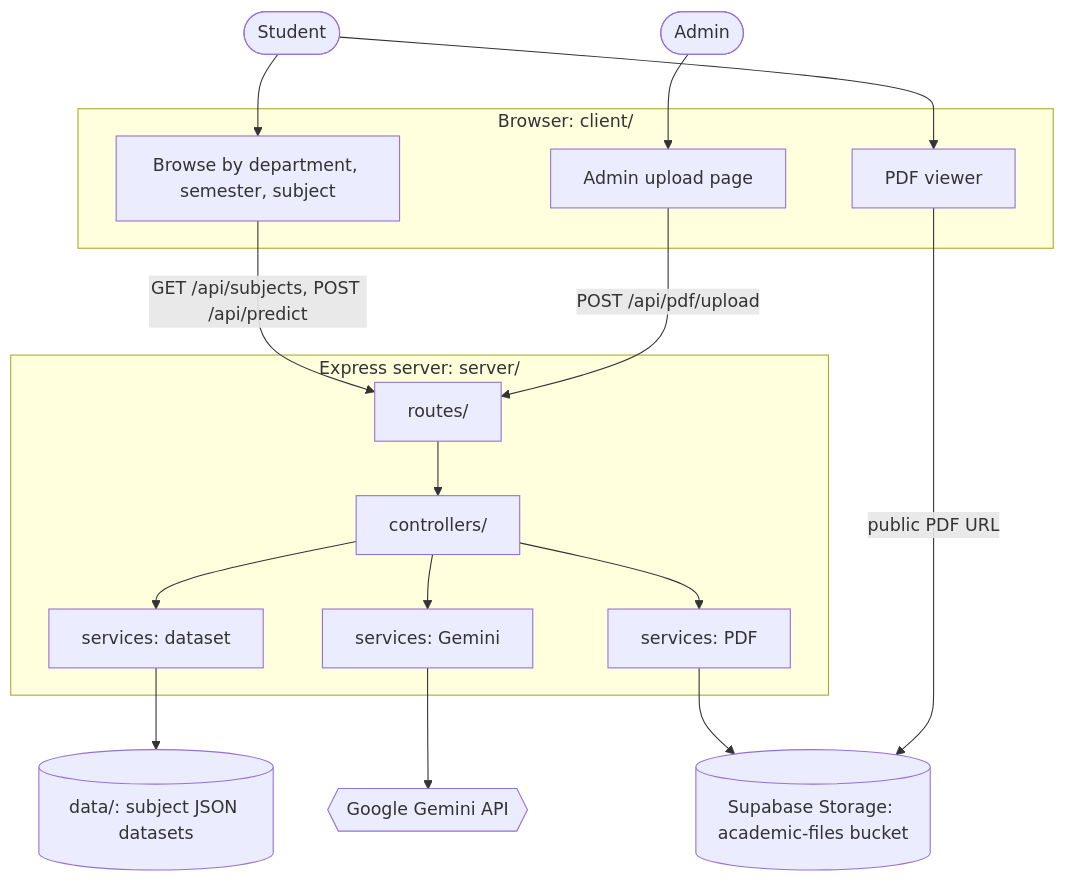
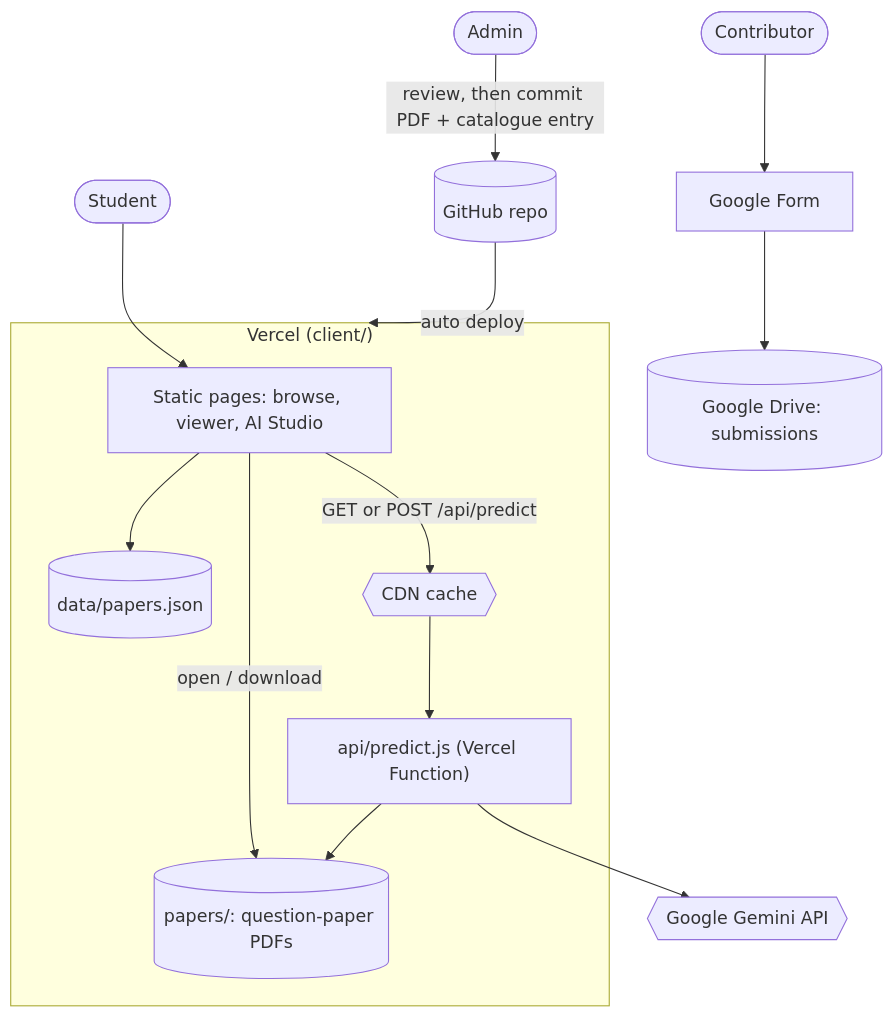
One commit to kritika89898/ExamForge changed the first of 2 diagrams in README.md. Above: the diagram before and after it, drawn with Mermaid. The commit also changed other lines of this file and 16 other files, not shown here.

First line of the commit message:
Collect contributions through a Google Form and remove Supabase

````diff
--- a/README.md
+++ b/README.md
@@ -79,37 +78,30 @@
 ```mermaid
 flowchart TB
     Student(["Student"])
+    Contributor(["Contributor"])
     Admin(["Admin"])
 
-    subgraph Browser["Browser: client/"]
-        UI["Browse by department, semester, subject"]
-        Viewer["PDF viewer"]
-        UploadPage["Admin upload page"]
+    subgraph Vercel["Vercel (client/)"]
+        Pages["Static pages: browse, viewer, AI Studio"]
+        Catalog[("data/papers.json")]
+        Papers[("papers/: question-paper PDFs")]
+        Predict["api/predict.js (Vercel Function)"]
+        CDN{{"CDN cache"}}
     end
 
-    subgraph Server["Express server: server/"]
-        Routes["routes/"]
-        Controllers["controllers/"]
-        DatasetSvc["services: dataset"]
-        GeminiSvc["services: Gemini"]
-        PdfSvc["services: PDF"]
-    end
+    Gemini{{"Google Gemini API"}}
+    Form["Google Form"]
+    Drive[("Google Drive: submissions")]
+    GitHub[("GitHub repo")]
 
-    Data[("data/: subject JSON datasets")]
-    Gemini{{"Google Gemini API"}}
-    Storage[("Supabase Storage: academic-files bucket")]
-
-    Student --> UI
-    Student --> Viewer
-    Admin --> UploadPage
-    UI -->|"GET /api/subjects, POST /api/predict"| Routes
-    UploadPage -->|"POST /api/pdf/upload"| Routes
-    Routes --> Controllers
-    Controllers --> DatasetSvc
-    Controllers --> GeminiSvc
-    Controllers --> PdfSvc
-    DatasetSvc --> Data
-    GeminiSvc --> Gemini
-    PdfSvc --> Storage
-    Viewer -->|"public PDF URL"| Storage
+    Student --> Pages
+    Pages --> Catalog
+    Pages -->|"open / download"| Papers
+    Pages -->|"GET or POST /api/predict"| CDN
+    CDN --> Predict
+    Predict --> Papers
+    Predict --> Gemini
+    Contributor --> Form --> Drive
+    Admin -->|"review, then commit PDF + catalogue entry"| GitHub
+    GitHub -->|"auto deploy"| Vercel
 ```
````
